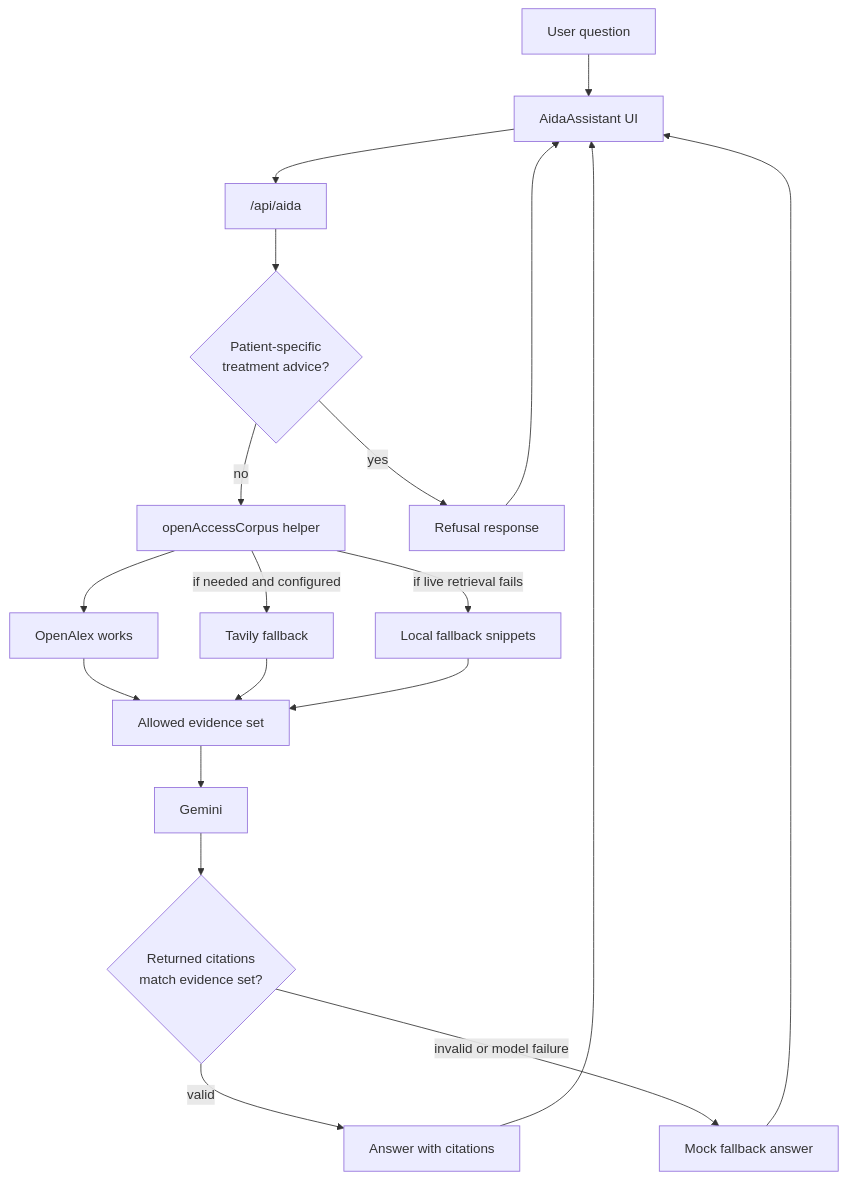
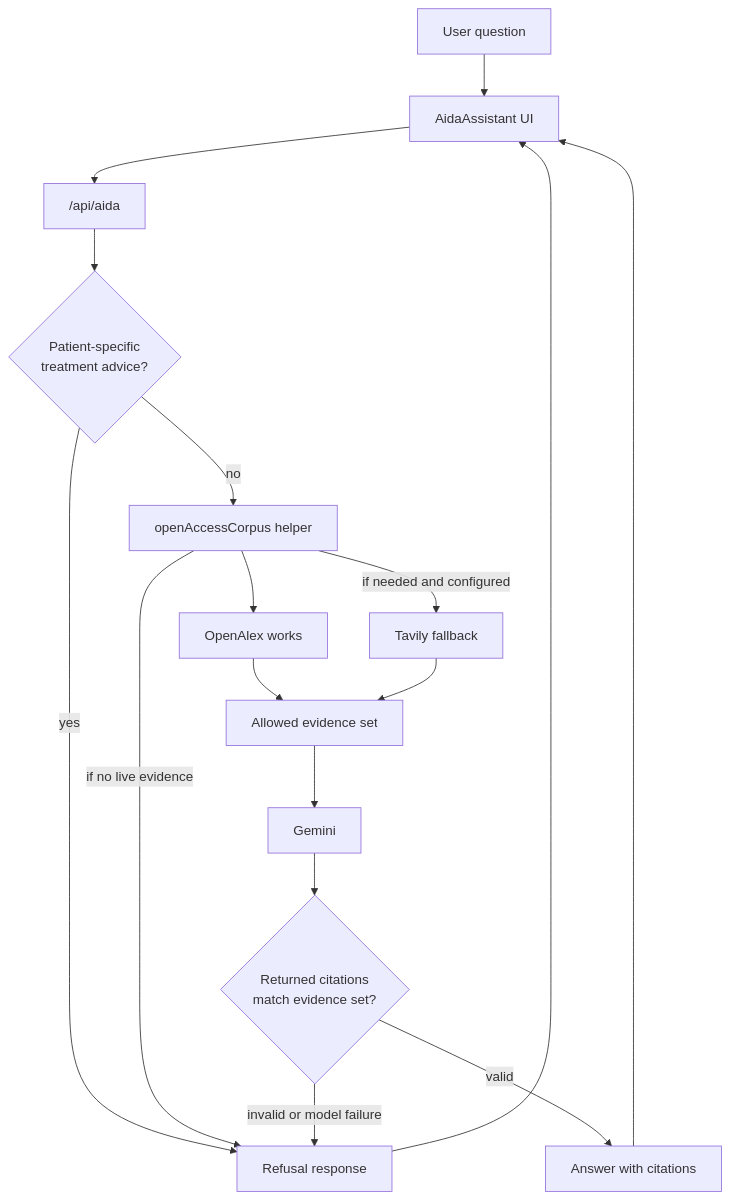
One commit to MasteraSnackin/Peerflow changed the sixth of 17 diagrams in docs/DIAGRAMS.md. Above: the diagram before and after it, drawn with Mermaid. The commit also changed other lines of this file and 9 other files, not shown here.

Commit message:
Remove local Aida fallback corpus

````diff
--- a/docs/DIAGRAMS.md
+++ b/docs/DIAGRAMS.md
@@ -205,36 +205,32 @@
 ```mermaid
 flowchart TB
   User["User question"]
   AidaUI["AidaAssistant UI"]
   AidaRoute["/api/aida"]
   RefusalGuard{"Patient-specific<br/>treatment advice?"}
   Corpus["openAccessCorpus helper"]
   OpenAlex["OpenAlex works"]
   Tavily["Tavily fallback"]
-  Fallback["Local fallback snippets"]
   Evidence["Allowed evidence set"]
   Gemini["Gemini"]
   CitationCheck{"Returned citations<br/>match evidence set?"}
   Answer["Answer with citations"]
   Refusal["Refusal response"]
-  MockAnswer["Mock fallback answer"]
 
   User --> AidaUI
   AidaUI --> AidaRoute
   AidaRoute --> RefusalGuard
   RefusalGuard -->|"yes"| Refusal
   RefusalGuard -->|"no"| Corpus
   Corpus --> OpenAlex
   Corpus -->|"if needed and configured"| Tavily
-  Corpus -->|"if live retrieval fails"| Fallback
   OpenAlex --> Evidence
   Tavily --> Evidence
-  Fallback --> Evidence
+  Corpus -->|"if no live evidence"| Refusal
   Evidence --> Gemini
   Gemini --> CitationCheck
   CitationCheck -->|"valid"| Answer
-  CitationCheck -->|"invalid or model failure"| MockAnswer
+  CitationCheck -->|"invalid or model failure"| Refusal
   Answer --> AidaUI
   Refusal --> AidaUI
-  MockAnswer --> AidaUI
 ```
````
